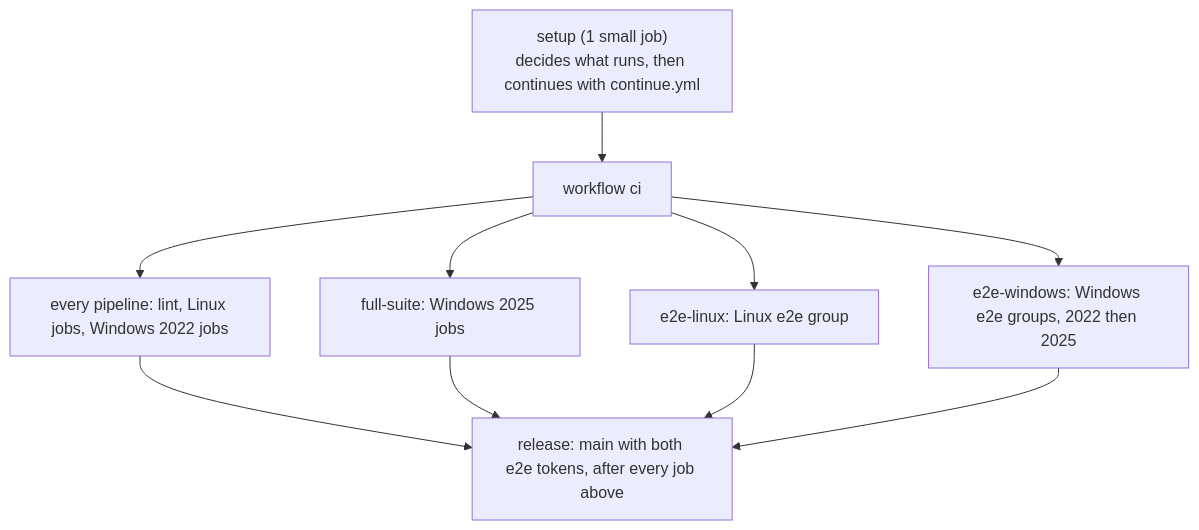
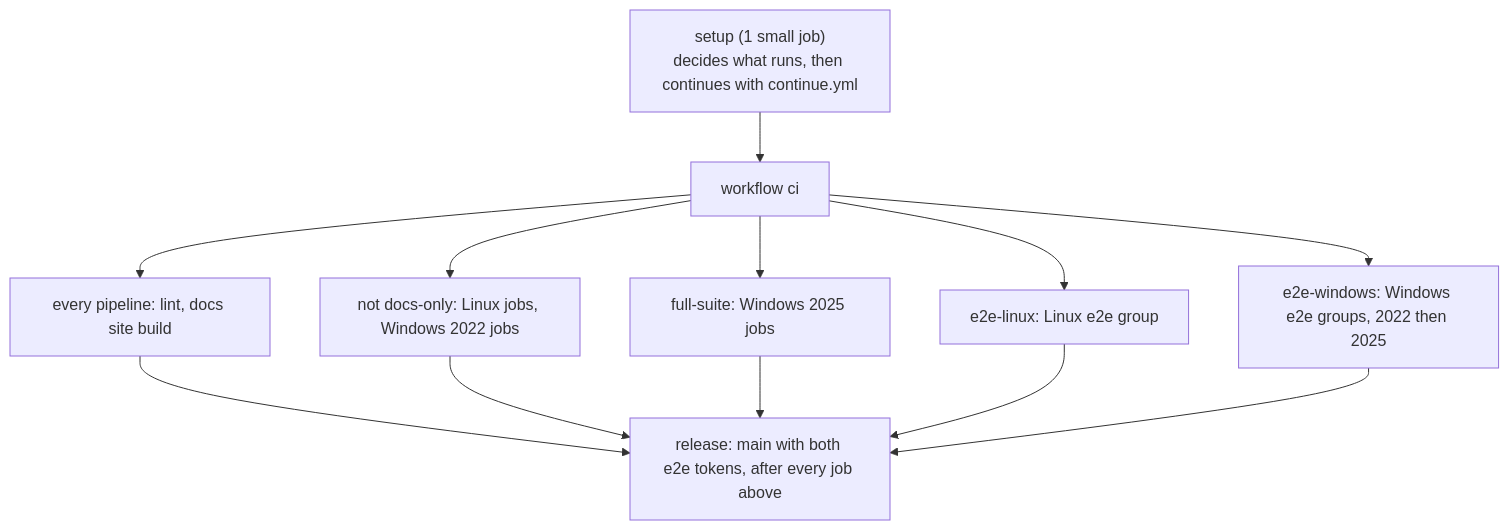
One commit to CircleCI-Labs/scalable-machine-runner changed the diagram in docs/ci.md. Above: the diagram before and after it, drawn with Mermaid. The commit also changed other lines of this file and 9 other files, not shown here.

````diff
--- a/docs/ci.md
+++ b/docs/ci.md
@@ -65,14 +65,16 @@
 ```mermaid
 flowchart TD
   setup["setup (1 small job)<br/>decides what runs, then continues with continue.yml"]
   setup --> ci["workflow ci"]
-  ci --> base["every pipeline: lint, Linux jobs, Windows 2022 jobs"]
+  ci --> lint["every pipeline: lint, docs site build"]
+  ci --> base["not docs-only: Linux jobs, Windows 2022 jobs"]
   ci --> full["full-suite: Windows 2025 jobs"]
   ci --> e2el["e2e-linux: Linux e2e group"]
   ci --> e2ew["e2e-windows: Windows e2e groups, 2022 then 2025"]
+  lint --> release
   base --> release
   full --> release
   e2el --> release
   e2ew --> release
   release["release: main with both e2e tokens, after every job above"]
 ```
````
